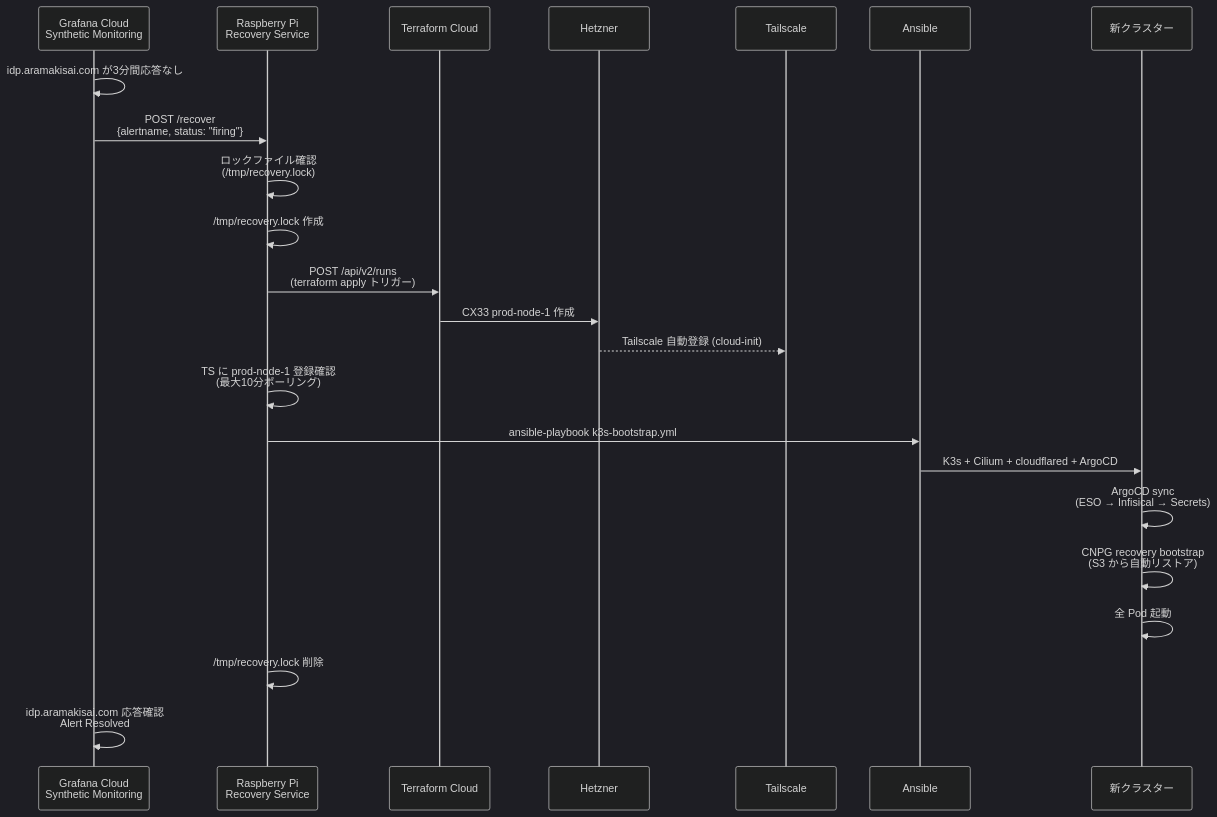
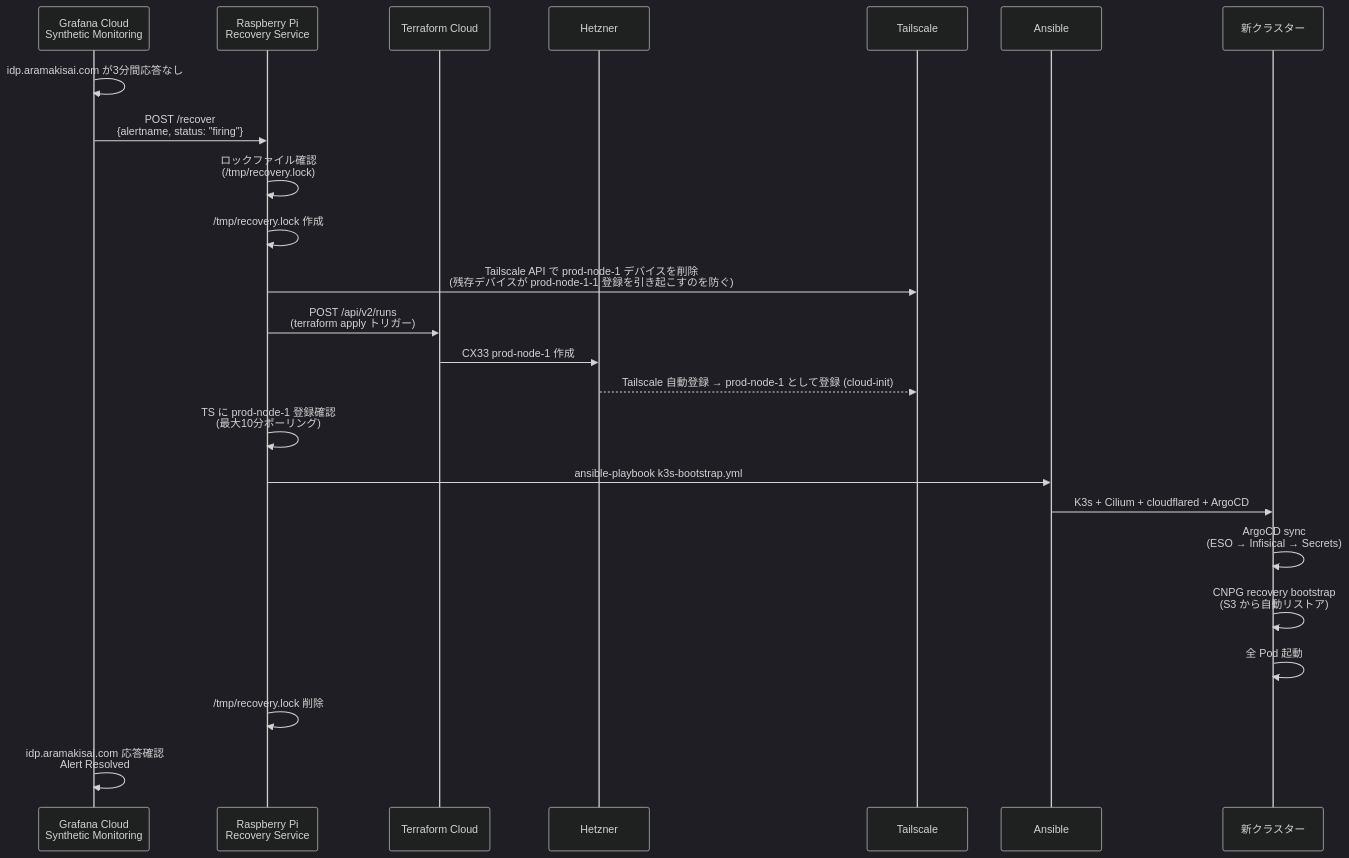
The third of 4 diagrams in .kiro/specs/single-node-migration/design.md (aramakisai/aramakisai-infra), drawn with Mermaid (dark theme) before and after one commit. The commit also changed other lines of this file and 2 other files, not shown here.

````diff
--- a/.kiro/specs/single-node-migration/design.md
+++ b/.kiro/specs/single-node-migration/design.md
@@ -215,26 +223,27 @@
 ```mermaid
 sequenceDiagram
     participant GC as Grafana Cloud<br/>Synthetic Monitoring
     participant PI as Raspberry Pi<br/>Recovery Service
     participant TFC as Terraform Cloud
     participant Hetzner
     participant TS as Tailscale
     participant Ansible
     participant New as 新クラスター
 
     GC->>GC: idp.aramakisai.com が3分間応答なし
     GC->>PI: POST /recover<br/>{alertname, status: "firing"}
     PI->>PI: ロックファイル確認<br/>(/tmp/recovery.lock)
     PI->>PI: /tmp/recovery.lock 作成
+    PI->>TS: Tailscale API で prod-node-1 デバイスを削除<br/>(残存デバイスが prod-node-1-1 登録を引き起こすのを防ぐ)
     PI->>TFC: POST /api/v2/runs<br/>(terraform apply トリガー)
     TFC->>Hetzner: CX33 prod-node-1 作成
-    Hetzner-->>TS: Tailscale 自動登録 (cloud-init)
+    Hetzner-->>TS: Tailscale 自動登録 → prod-node-1 として登録 (cloud-init)
     PI->>PI: TS に prod-node-1 登録確認<br/>(最大10分ポーリング)
     PI->>Ansible: ansible-playbook k3s-bootstrap.yml
     Ansible->>New: K3s + Cilium + cloudflared + ArgoCD
     New->>New: ArgoCD sync<br/>(ESO → Infisical → Secrets)
     New->>New: CNPG recovery bootstrap<br/>(S3 から自動リストア)
     New->>New: 全 Pod 起動
     PI->>PI: /tmp/recovery.lock 削除
     GC->>GC: idp.aramakisai.com 応答確認<br/>Alert Resolved
 ```
````
